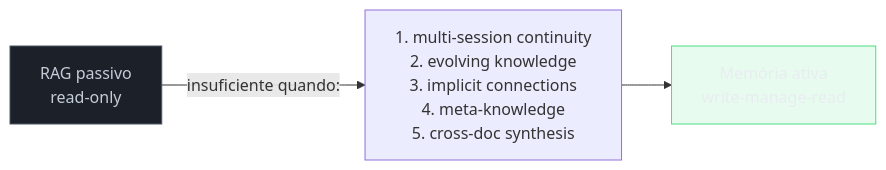
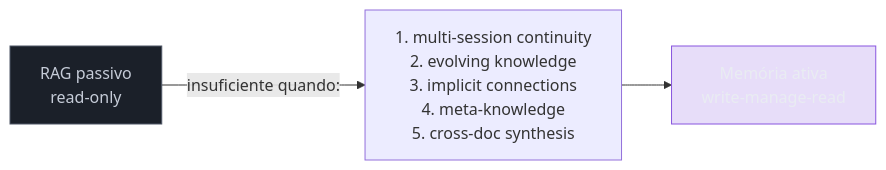
Before and after one commit to josenaldo/codex-technomanticus: the first of 3 diagrams in 03-Dominios/Tecnologia/IA/Memória de Agentes/05 - Beyond RAG - quando RAG não basta.md, drawn with Mermaid. The commit also changed 601 other files, not shown here.

````diff
--- a/03-Dominios/Tecnologia/IA/Memória de Agentes/05 - Beyond RAG - quando RAG não basta.md
+++ b/03-Dominios/Tecnologia/IA/Memória de Agentes/05 - Beyond RAG - quando RAG não basta.md
@@ -53,9 +53,9 @@
 ```mermaid
 graph LR
+    classDef marca fill:#8855DF33,stroke:#8855DF,color:#E9ECF2
     classDef neutro fill:#1B2029,stroke:#4E5666,color:#C6CCD8
-    classDef ok fill:#4ADE8021,stroke:#4ADE80,color:#E9ECF2
     R[RAG passivo<br/>read-only] -->|insuficiente quando:| C5["1. multi-session continuity<br/>2. evolving knowledge<br/>3. implicit connections<br/>4. meta-knowledge<br/>5. cross-doc synthesis"]
     C5 --> M[Memória ativa<br/>write-manage-read]
     class R neutro
-    class M ok
+    class M marca
 ```
````
